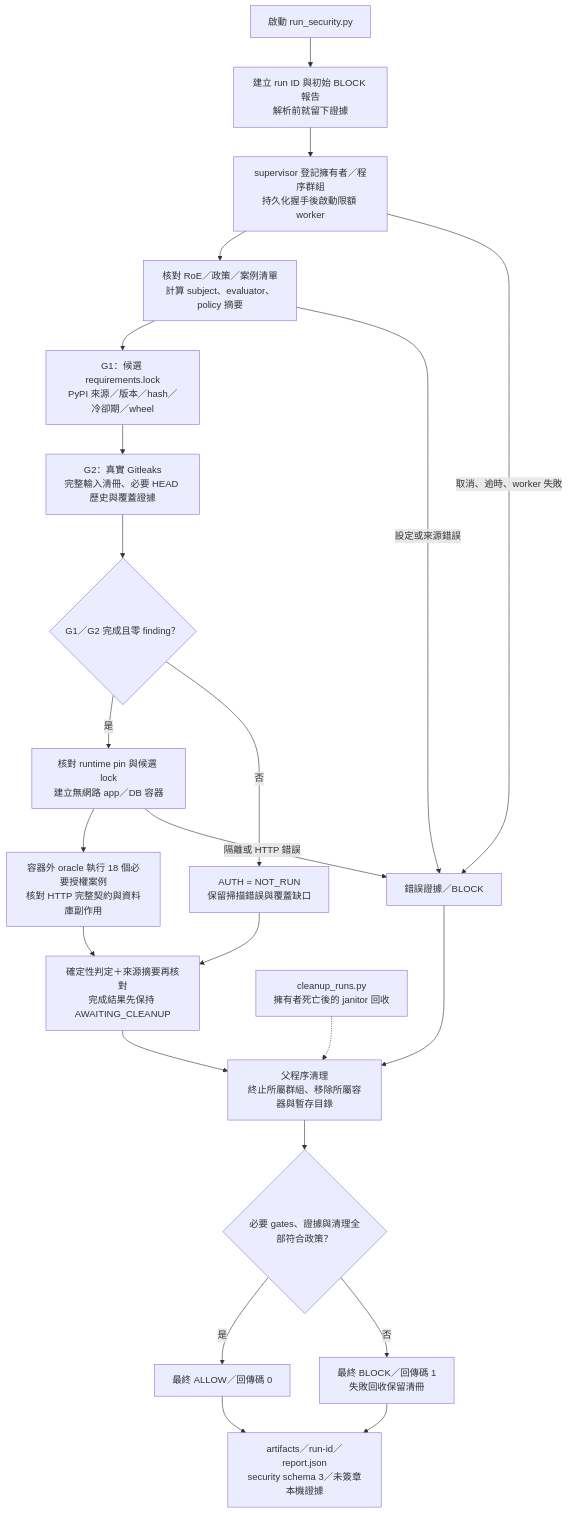
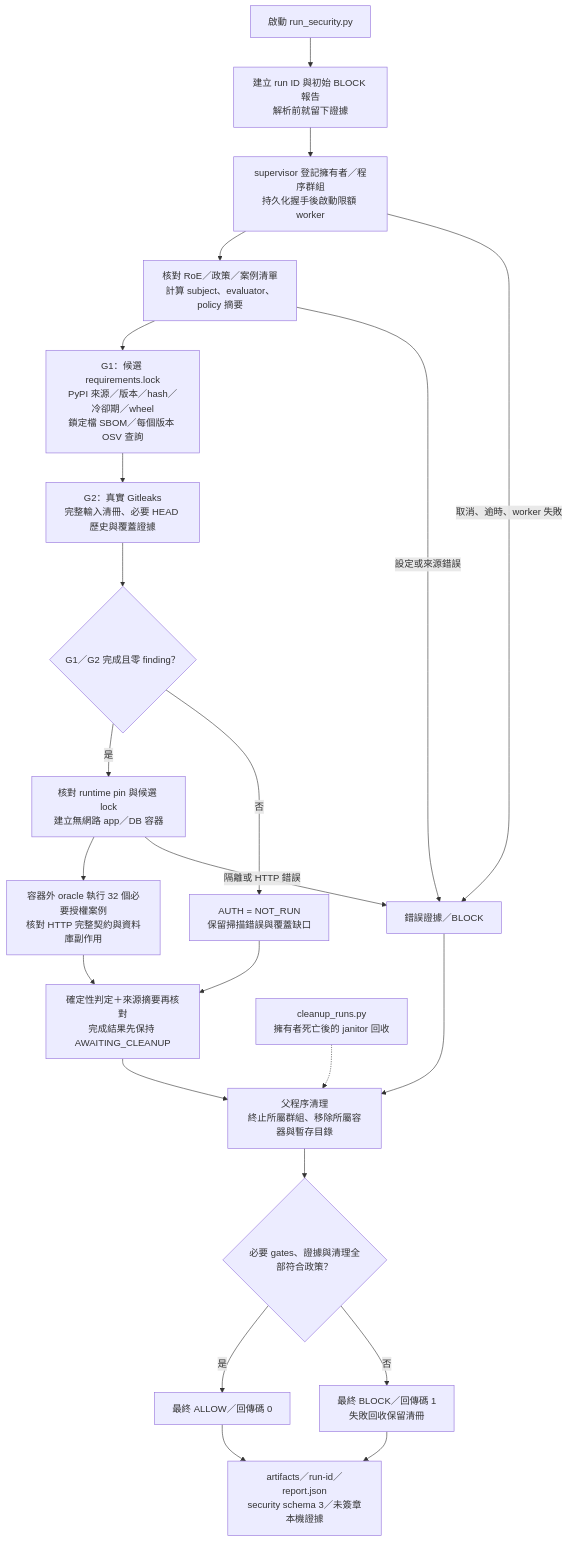
The diagram in docs/diagrams/security-flow.mmd (chinchiang/MultiAgentEpsilon), drawn with Mermaid before and after one commit. The commit also changed 40 other files, not shown here.

```diff
--- a/docs/diagrams/security-flow.mmd
+++ b/docs/diagrams/security-flow.mmd
@@ -1,23 +1,23 @@
 flowchart TB
     Start["啟動 run_security.py"] --> Initial["建立 run ID 與初始 BLOCK 報告<br/>解析前就留下證據"]
     Initial --> Parent["supervisor 登記擁有者／程序群組<br/>持久化握手後啟動限額 worker"]
     Parent --> Config["核對 RoE／政策／案例清單<br/>計算 subject、evaluator、policy 摘要"]
-    Config --> G1["G1：候選 requirements.lock<br/>PyPI 來源／版本／hash／冷卻期／wheel"]
+    Config --> G1["G1：候選 requirements.lock<br/>PyPI 來源／版本／hash／冷卻期／wheel<br/>鎖定檔 SBOM／每個版本 OSV 查詢"]
     G1 --> G2["G2：真實 Gitleaks<br/>完整輸入清冊、必要 HEAD 歷史與覆蓋證據"]
     G2 --> Precondition{"G1／G2 完成且零 finding？"}
     Precondition -->|"是"| Containers["核對 runtime pin 與候選 lock<br/>建立無網路 app／DB 容器"]
     Precondition -->|"否"| Skip["AUTH = NOT_RUN<br/>保留掃描錯誤與覆蓋缺口"]
-    Containers --> Auth["容器外 oracle 執行 18 個必要授權案例<br/>核對 HTTP 完整契約與資料庫副作用"]
+    Containers --> Auth["容器外 oracle 執行 32 個必要授權案例<br/>核對 HTTP 完整契約與資料庫副作用"]
     Auth --> Pending["確定性判定＋來源摘要再核對<br/>完成結果先保持 AWAITING_CLEANUP"]
     Skip --> Pending
     Config -->|"設定或來源錯誤"| Error["錯誤證據／BLOCK"]
     Containers -->|"隔離或 HTTP 錯誤"| Error
     Parent -->|"取消、逾時、worker 失敗"| Error
     Error --> Cleanup
     Pending --> Cleanup["父程序清理<br/>終止所屬群組、移除所屬容器與暫存目錄"]
     Cleanup --> Eligible{"必要 gates、證據與清理全部符合政策？"}
     Eligible -->|"是"| Allow["最終 ALLOW／回傳碼 0"]
     Eligible -->|"否"| Block["最終 BLOCK／回傳碼 1<br/>失敗回收保留清冊"]
     Recovery["cleanup_runs.py<br/>擁有者死亡後的 janitor 回收"] -.-> Cleanup
     Allow --> Evidence["artifacts／run-id／report.json<br/>security schema 3／未簽章本機證據"]
     Block --> Evidence
```
